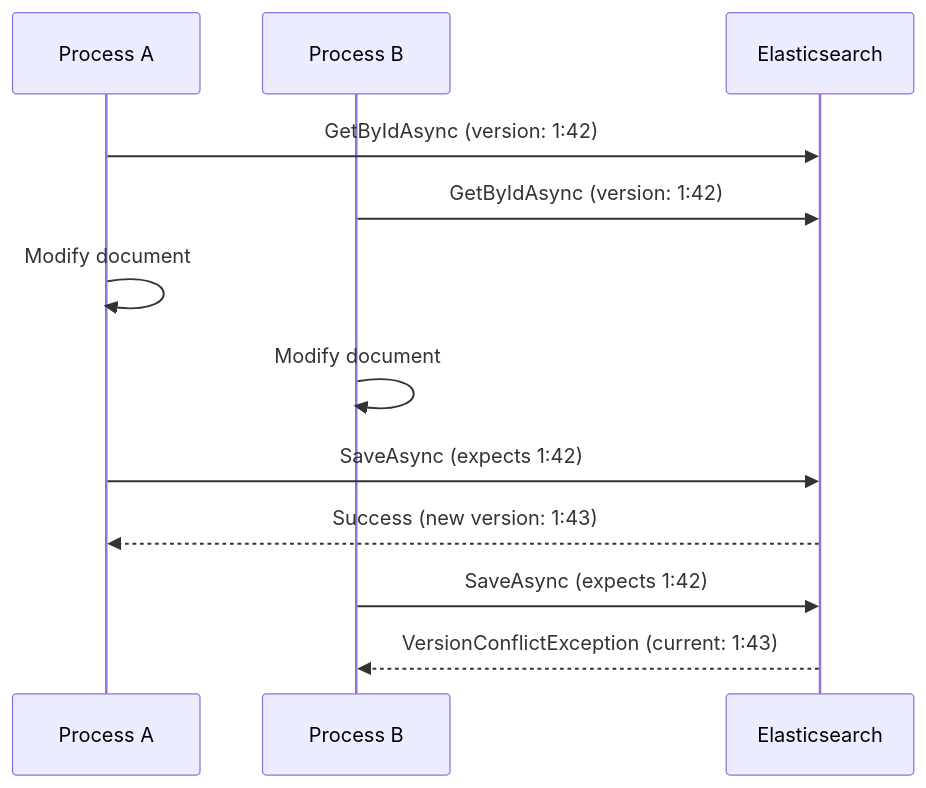
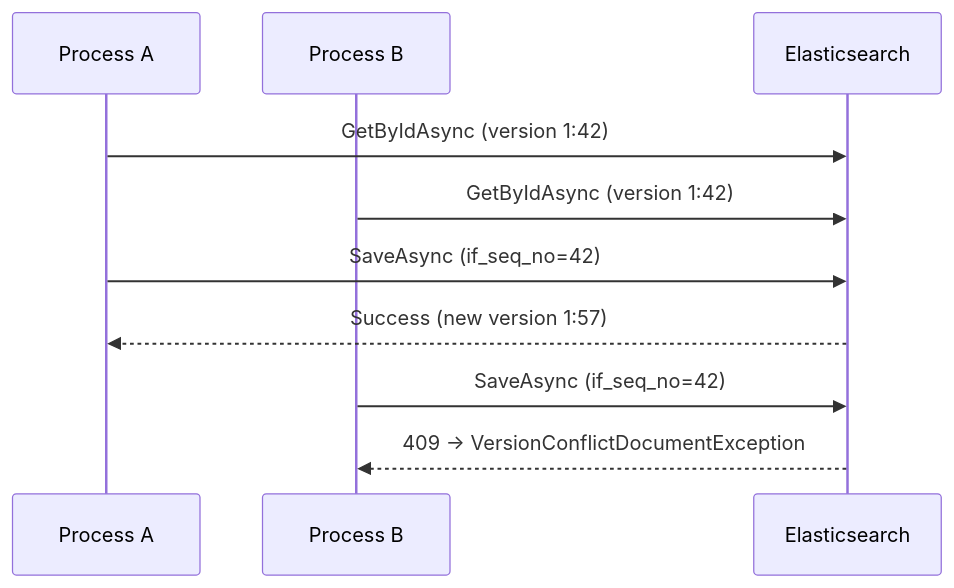
The diagram in docs/guide/versioning.md (FoundatioFx/Foundatio.Repositories), drawn with Mermaid before and after one commit. The commit also changed other lines of this file and 7 other files, not shown here.

````diff
--- a/docs/guide/versioning.md
+++ b/docs/guide/versioning.md
@@ -56,15 +59,13 @@
 ```mermaid
 sequenceDiagram
     participant A as Process A
     participant B as Process B
     participant ES as Elasticsearch
 
-    A->>ES: GetByIdAsync (version: 1:42)
-    B->>ES: GetByIdAsync (version: 1:42)
-    A->>A: Modify document
-    B->>B: Modify document
-    A->>ES: SaveAsync (expects 1:42)
-    ES-->>A: Success (new version: 1:43)
-    B->>ES: SaveAsync (expects 1:42)
-    ES-->>B: VersionConflictException (current: 1:43)
+    A->>ES: GetByIdAsync (version 1:42)
+    B->>ES: GetByIdAsync (version 1:42)
+    A->>ES: SaveAsync (if_seq_no=42)
+    ES-->>A: Success (new version 1:57)
+    B->>ES: SaveAsync (if_seq_no=42)
+    ES-->>B: 409 -> VersionConflictDocumentException
 ```
````
